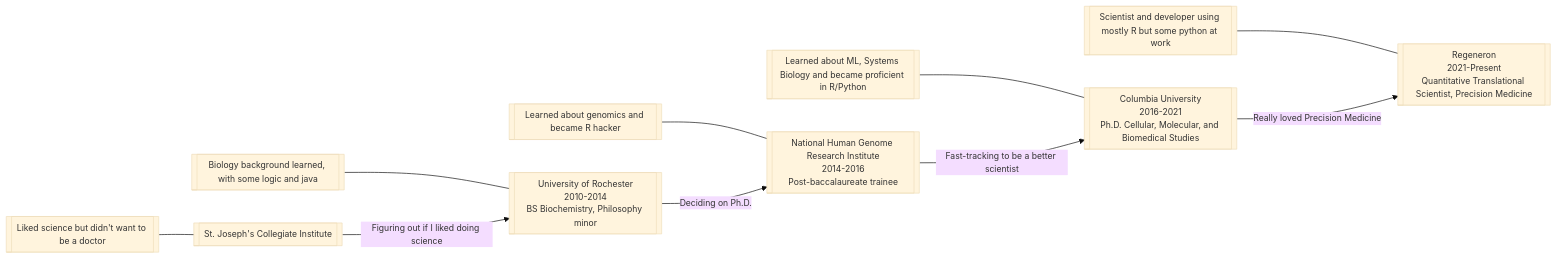
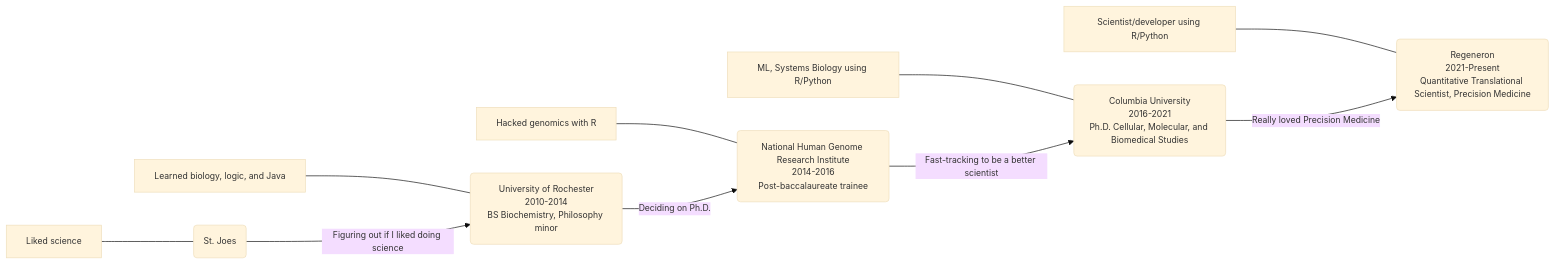
Before and after one commit to ngiangre/ngiangre.github.io: the diagram in content/about/index.qmd, drawn with Mermaid. The commit also changed 3 other files, not shown here.

````diff
--- a/content/about/index.qmd
+++ b/content/about/index.qmd
@@ -40,20 +40,19 @@
 ```{mermaid}
 %%| label: fig-mermaid-flowchart
 %%| fig-cap: Education and experience timeline
-%%| fig-height: 20
 
-%%{init: {'theme': 'base', 'sequence':{'useMaxWidth': false}, 'themeVariables': { 'fontSize': '13px', 'fontFamily': 'Inter'}}}%%
+%%{init: {'theme': 'base', 'sequence':{'useMaxWidth': false}, 'themeVariables': { 'fontSize': '13px', 'fontFamily': 'Inter', 'wrap': true}}}%%
 
 flowchart LR
-  HSCoding[[Liked science but didn't want to be a doctor]] --- HS
-  CollegeCoding[[Biology background learned, with some logic and java]] --- College
-  PostbacCoding[[Learned about genomics and became R hacker]] --- Postbac
-  PhdCoding[[Learned about ML, Systems Biology and became proficient in R/Python]] --- Phd
-  JobCoding[[Scientist and developer using mostly R but some python at work]] --- Job
+  HSCoding[Liked science] --- HS
+  CollegeCoding[Learned biology, logic, and Java] --- College
+  PostbacCoding[Hacked genomics with R] --- Postbac
+  PhdCoding[ML, Systems Biology using R/Python] --- Phd
+  JobCoding[Scientist/developer using R/Python] --- Job
 
-  HS[[St. Joseph's Collegiate Institute]] -- Figuring out if I liked doing science --> College[[University of Rochester<br>2010-2014<br>BS Biochemistry, Philosophy minor]]
-  College -- Deciding on Ph.D. --> Postbac[[National Human Genome Research Institute<br>2014-2016<br>Post-baccalaureate trainee]]
-  Postbac -- Fast-tracking to be a better scientist --> Phd[[Columbia University<br>2016-2021<br>Ph.D. Cellular, Molecular, and Biomedical Studies]]
-  Phd -- Really loved Precision Medicine -->  Job[[Regeneron<br>2021-Present<br>Quantitative Translational Scientist, Precision Medicine]]
+  HS(St. Joes) -- Figuring out if I liked doing science --> College(University of Rochester<br>2010-2014<br>BS Biochemistry, Philosophy minor)
+  College -- Deciding on Ph.D. --> Postbac(National Human Genome Research Institute<br>2014-2016<br>Post-baccalaureate trainee)
+  Postbac -- Fast-tracking to be a better scientist --> Phd(Columbia University<br>2016-2021<br>Ph.D. Cellular, Molecular, and Biomedical Studies)
+  Phd -- Really loved Precision Medicine -->  Job(Regeneron<br>2021-Present<br>Quantitative Translational Scientist, Precision Medicine)
  
 ```
````
